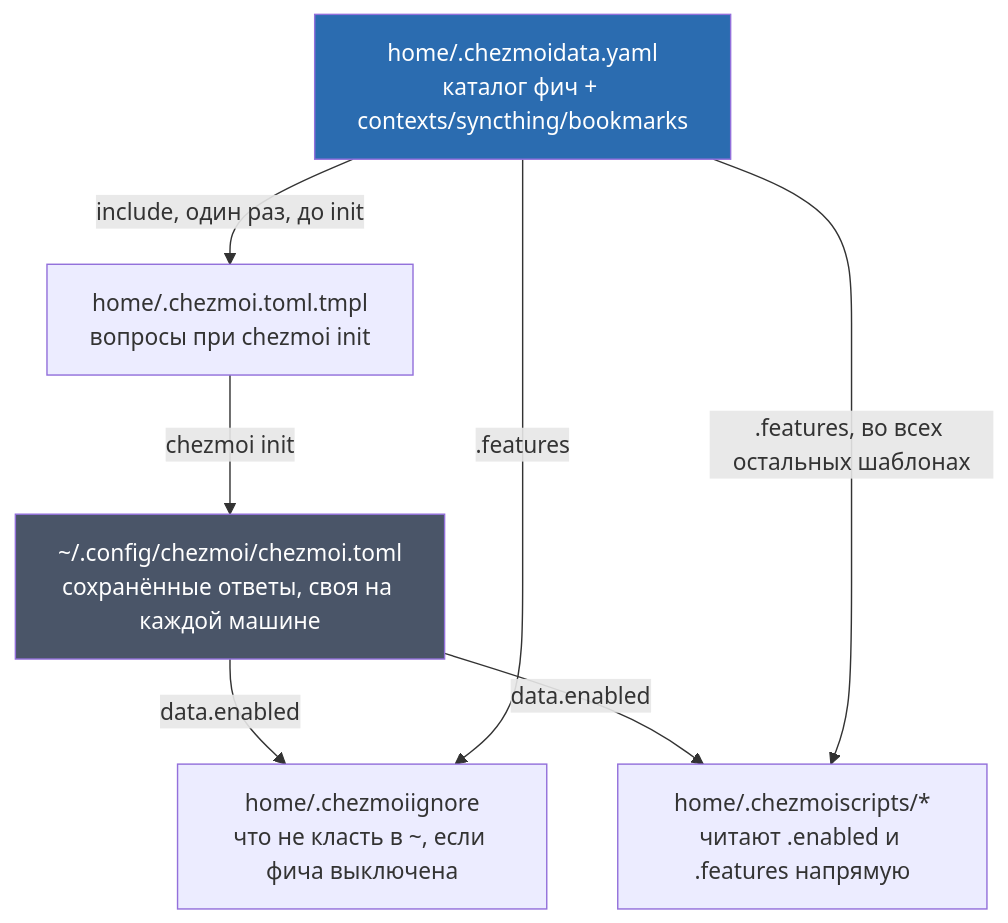
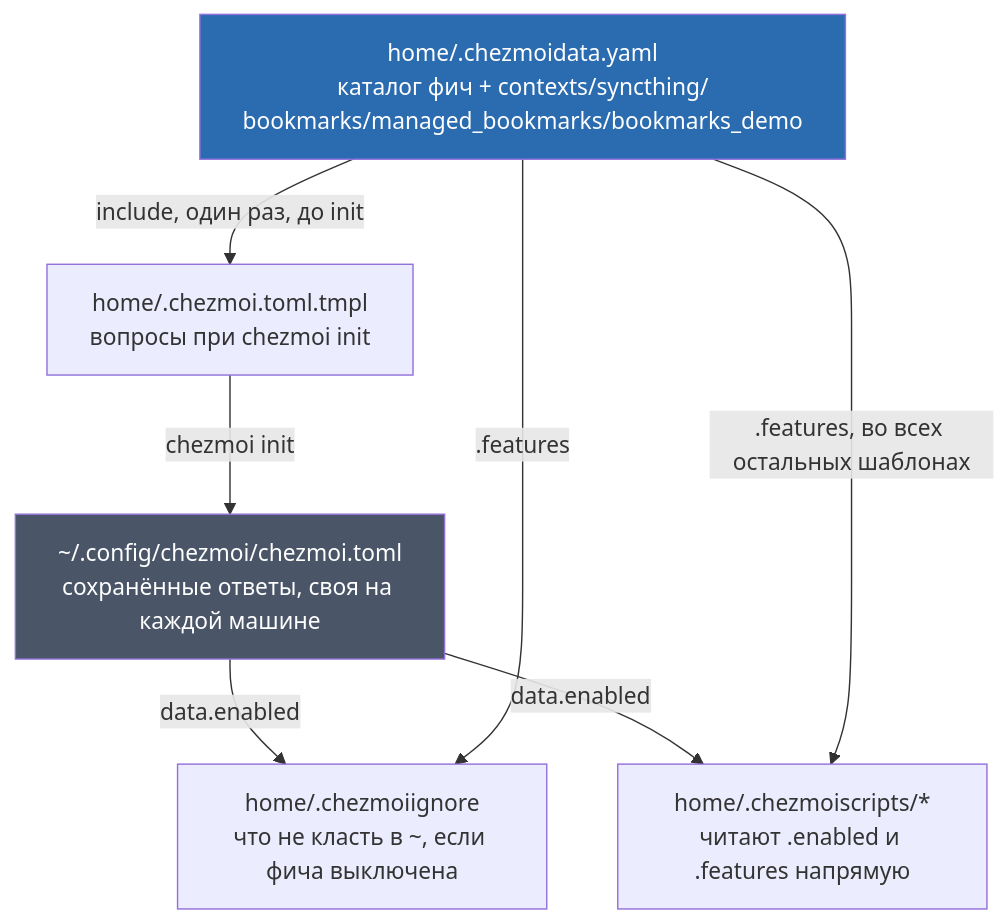
One commit to stpntkhnv/dotfiles changed the first of 5 diagrams in docs/how-it-works.md. Above: the diagram before and after it, drawn with Mermaid. The commit also changed other lines of this file and 10 other files, not shown here.

````diff
--- a/docs/how-it-works.md
+++ b/docs/how-it-works.md
@@ -62,18 +73,18 @@
 ```mermaid
 flowchart TD
-    DATA["home/.chezmoidata.yaml<br/>каталог фич + contexts/syncthing/bookmarks"]
+    DATA["home/.chezmoidata.yaml<br/>каталог фич + contexts/syncthing/<br/>bookmarks/managed_bookmarks/bookmarks_demo"]
     TMPL["home/.chezmoi.toml.tmpl<br/>вопросы при chezmoi init"]
     CFG["~/.config/chezmoi/chezmoi.toml<br/>сохранённые ответы, своя на каждой машине"]
     IGNORE["home/.chezmoiignore<br/>что не класть в ~, если фича выключена"]
     SCRIPTS["home/.chezmoiscripts/*<br/>читают .enabled и .features напрямую"]
 
     DATA -->|"include, один раз, до init"| TMPL
     TMPL -->|"chezmoi init"| CFG
     CFG -->|"data.enabled"| IGNORE
     CFG -->|"data.enabled"| SCRIPTS
     DATA -->|".features, во всех остальных шаблонах"| SCRIPTS
     DATA -->|".features"| IGNORE
 
     style DATA fill:#2b6cb0,color:#fff
     style CFG fill:#4a5568,color:#fff
 ```
````
